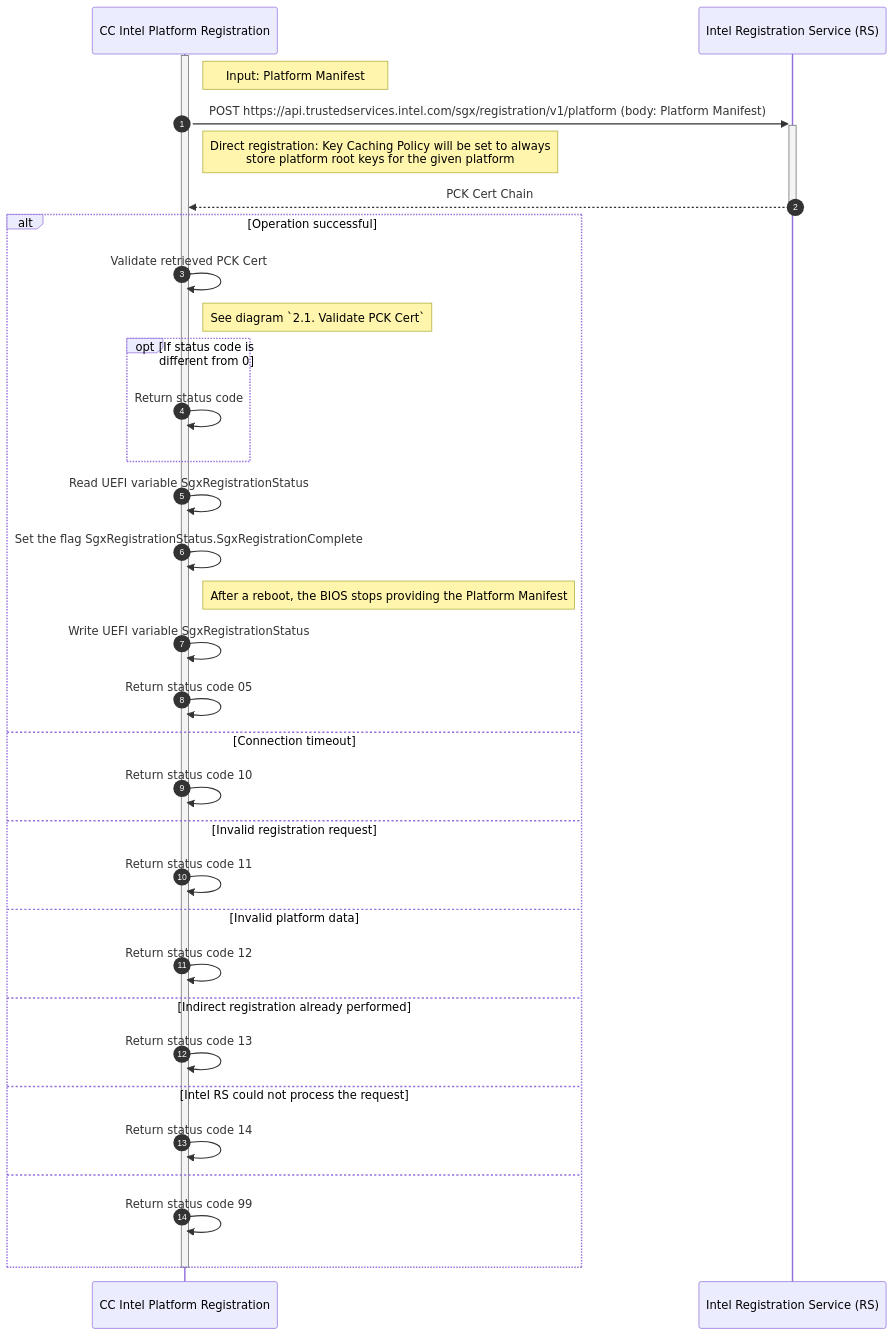
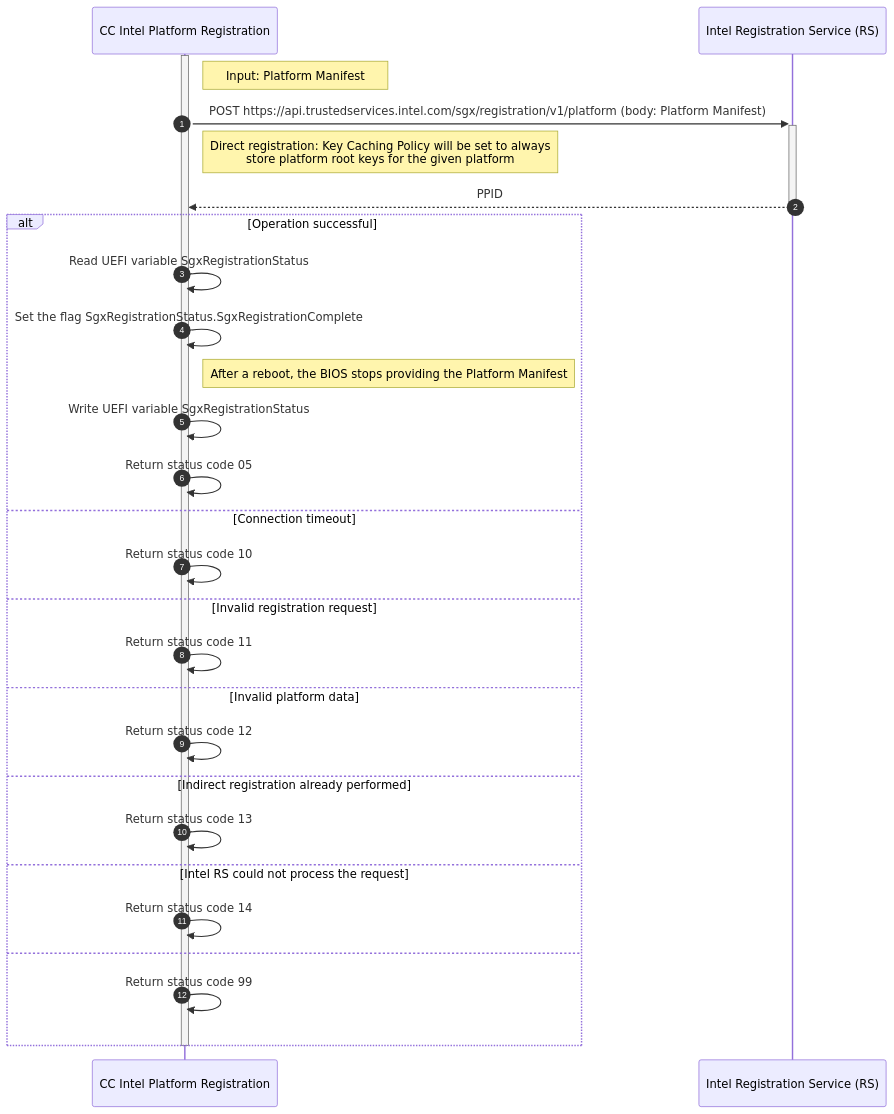
One commit to opensovereigncloud/cc-intel-platform-registration changed the third of 3 diagrams in docs/sequence_diagrams/registration.md. Above: the diagram before and after it, drawn with Mermaid. The commit also changed other lines of this file, not shown here.

Commit message:
remove pck cert verification

````diff
--- a/docs/sequence_diagrams/registration.md
+++ b/docs/sequence_diagrams/registration.md
@@ -178,46 +146,39 @@
 ```mermaid
 sequenceDiagram
     participant cc_ipr as CC Intel Platform Registration
     participant rs as Intel Registration Service (RS)
 
     autonumber
 
     activate cc_ipr
     note right of cc_ipr: Input: Platform Manifest
 
     cc_ipr->>+rs: POST https://api.trustedservices.intel.com/sgx/registration/v1/platform (body: Platform Manifest)
         note right of cc_ipr: Direct registration: Key Caching Policy will be set to always<br> store platform root keys for the given platform
-    rs-->>-cc_ipr: PCK Cert Chain
+    rs-->>-cc_ipr: PPID
     
     Alt Operation successful
-        cc_ipr->>cc_ipr: Validate retrieved PCK Cert
-        note right of cc_ipr: See diagram `2.1. Validate PCK Cert`
-
-        opt If status code is different from 0
-            cc_ipr->>cc_ipr: Return status code
-        end
-
         cc_ipr->>cc_ipr: Read UEFI variable SgxRegistrationStatus
 
         cc_ipr->>cc_ipr: Set the flag SgxRegistrationStatus.SgxRegistrationComplete
         note right of cc_ipr: After a reboot, the BIOS stops providing the Platform Manifest 
 
         cc_ipr->>cc_ipr: Write UEFI variable SgxRegistrationStatus
 
         cc_ipr->>cc_ipr: Return status code 05
     Else Connection timeout
         cc_ipr->>cc_ipr: Return status code 10
     Else Invalid registration request
         cc_ipr->>cc_ipr: Return status code 11
     Else Invalid platform data
         cc_ipr->>cc_ipr: Return status code 12
     Else Indirect registration already performed
         cc_ipr->>cc_ipr: Return status code 13
     Else Intel RS could not process the request
         cc_ipr->>cc_ipr: Return status code 14
     Else
         cc_ipr->>cc_ipr: Return status code 99
     End
 
     deactivate cc_ipr
 ```
````
